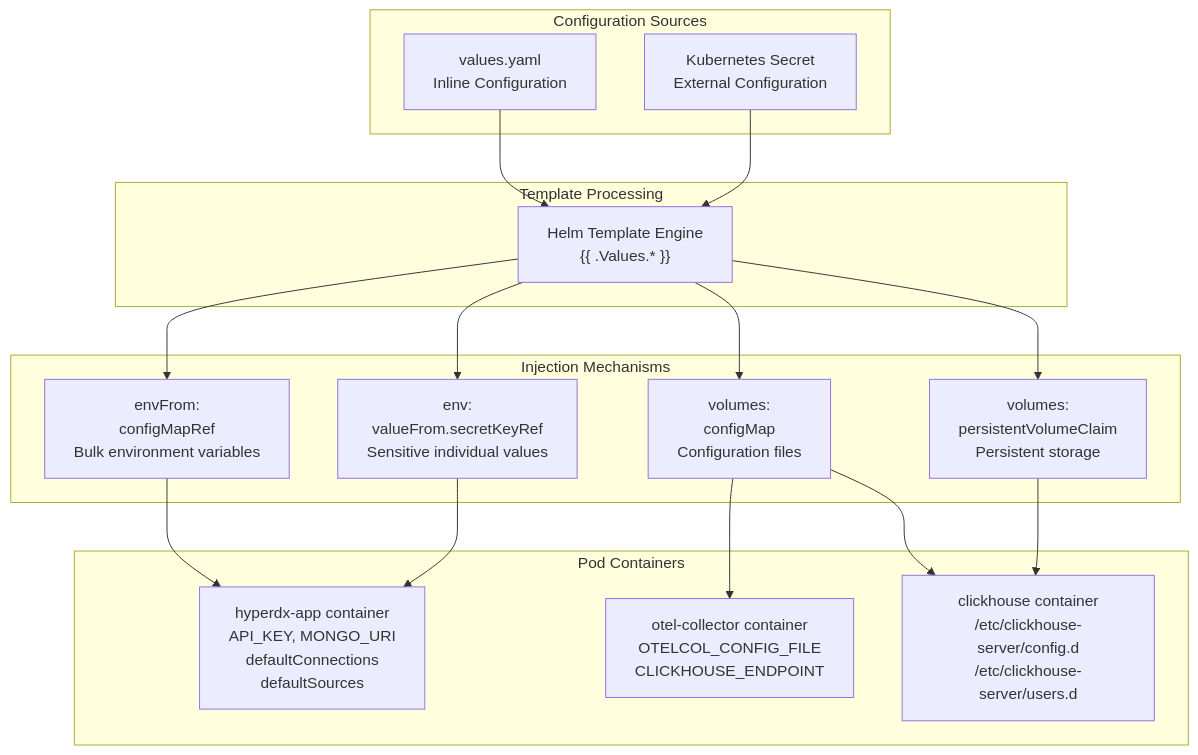
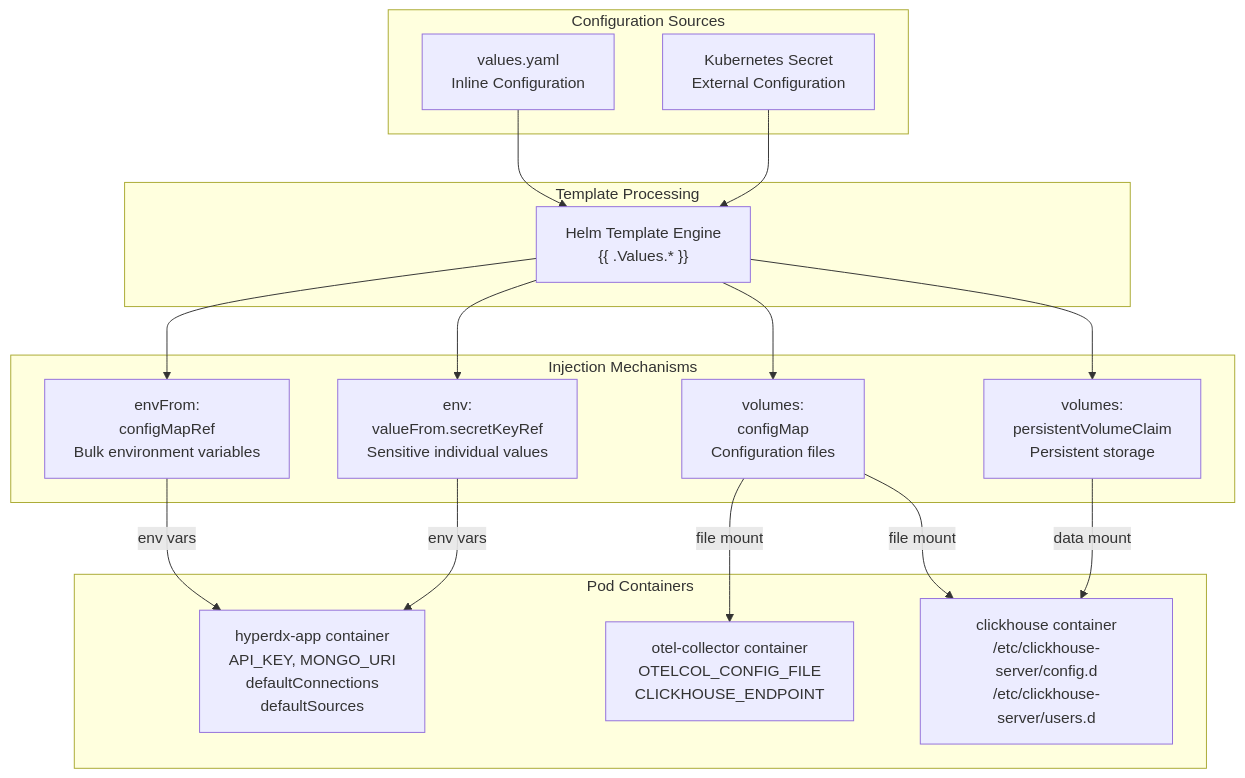
One commit to openchoreo/openchoreo changed the second of 5 diagrams in docs/hyperdxio-helm-charts-docs/Configuration-Reference.md. Above: the diagram before and after it, drawn with Mermaid. The commit also changed other lines of this file and 85 other files, not shown here.

Commit message:
feat: Add new workflow and specification templates, update Helm chart dependencies, and clarify documentation diagrams.

````diff
--- a/docs/hyperdxio-helm-charts-docs/Configuration-Reference.md
+++ b/docs/hyperdxio-helm-charts-docs/Configuration-Reference.md
@@ -96,48 +96,48 @@
 ```mermaid
 flowchart TD
 
 ValuesInline["values.yaml<br>Inline Configuration"]
 ExternalSecret["Kubernetes Secret<br>External Configuration"]
 HelmTemplate["Helm Template Engine<br>{{ .Values.* }}"]
 EnvFrom["envFrom:<br>configMapRef<br>Bulk environment variables"]
 EnvSecret["env:<br>valueFrom.secretKeyRef<br>Sensitive individual values"]
 VolumeConfigMap["volumes:<br>configMap<br>Configuration files"]
 VolumePVC["volumes:<br>persistentVolumeClaim<br>Persistent storage"]
 AppContainer["hyperdx-app container<br>API_KEY, MONGO_URI<br>defaultConnections<br>defaultSources"]
 OTELContainer["otel-collector container<br>OTELCOL_CONFIG_FILE<br>CLICKHOUSE_ENDPOINT"]
 ClickHouseContainer["clickhouse container<br>/etc/clickhouse-server/config.d<br>/etc/clickhouse-server/users.d"]
 
 ValuesInline --> HelmTemplate
 ExternalSecret --> HelmTemplate
 HelmTemplate --> EnvFrom
 HelmTemplate --> EnvSecret
 HelmTemplate --> VolumeConfigMap
 HelmTemplate --> VolumePVC
-EnvFrom --> AppContainer
-EnvSecret --> AppContainer
-VolumeConfigMap --> ClickHouseContainer
-VolumeConfigMap --> OTELContainer
-VolumePVC --> ClickHouseContainer
+EnvFrom -->|"env vars"| AppContainer
+EnvSecret -->|"env vars"| AppContainer
+VolumeConfigMap -->|"file mount"| ClickHouseContainer
+VolumeConfigMap -->|"file mount"| OTELContainer
+VolumePVC -->|"data mount"| ClickHouseContainer
 
 subgraph subGraph3 ["Pod Containers"]
     AppContainer
     OTELContainer
     ClickHouseContainer
 end
 
 subgraph subGraph2 ["Injection Mechanisms"]
     EnvFrom
     EnvSecret
     VolumeConfigMap
     VolumePVC
 end
 
 subgraph subGraph1 ["Template Processing"]
     HelmTemplate
 end
 
 subgraph subGraph0 ["Configuration Sources"]
     ValuesInline
     ExternalSecret
 end
 ```
````
